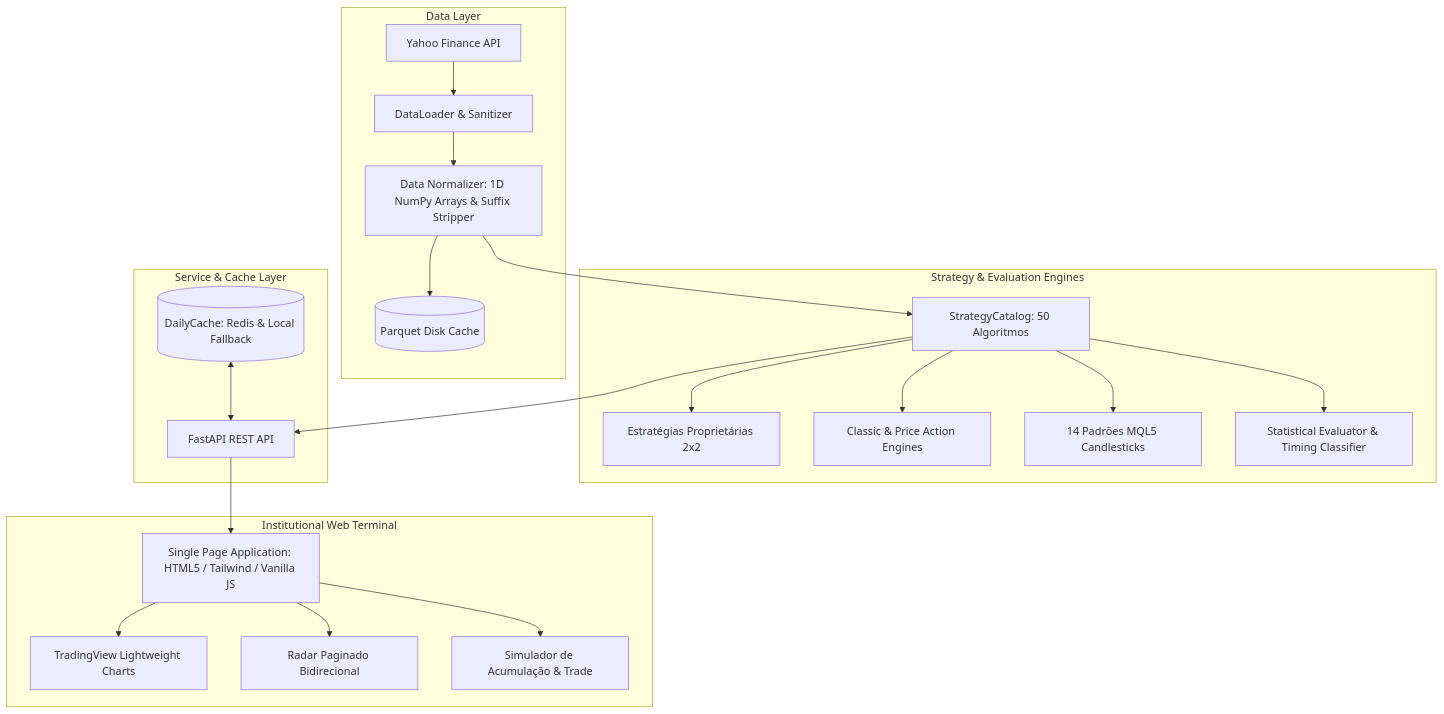
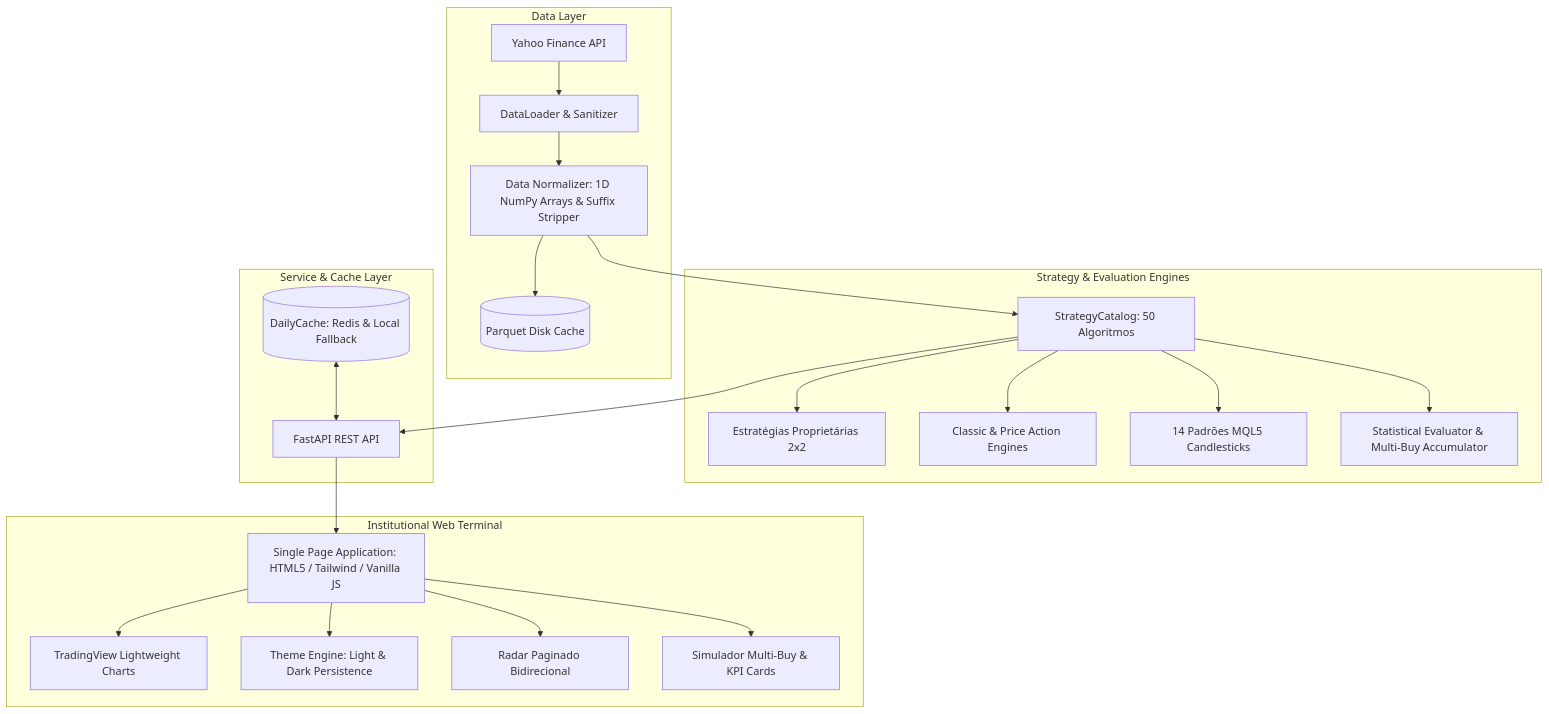
The diagram in README.md (Silasmelo12/market-opportunity-engine), drawn with Mermaid before and after one commit. The commit also changed other lines of this file and 1 other file, not shown here.

Commit message:
docs(007): T016 atualizar README com apresentacao executiva do simulador multi-buy e tema claro

````diff
--- a/README.md
+++ b/README.md
@@ -59,28 +84,29 @@
 ```mermaid
 flowchart TD
     subgraph Data Layer [Data Layer]
         YF[Yahoo Finance API] --> Loader[DataLoader & Sanitizer]
         Loader --> Normalizer[Data Normalizer: 1D NumPy Arrays & Suffix Stripper]
         Normalizer --> ParquetCache[(Parquet Disk Cache)]
     end
 
     subgraph Quantitative Core [Strategy & Evaluation Engines]
         Normalizer --> Catalog[StrategyCatalog: 50 Algoritmos]
         Catalog --> PropEngines[Estratégias Proprietárias 2x2]
         Catalog --> ClassicEngines[Classic & Price Action Engines]
         Catalog --> MQL5Engines[14 Padrões MQL5 Candlesticks]
-        Catalog --> StatEval[Statistical Evaluator & Timing Classifier]
+        Catalog --> StatEval[Statistical Evaluator & Multi-Buy Accumulator]
     end
 
     subgraph Service & Cache Layer [Service & Cache Layer]
         Catalog --> FastAPIServer[FastAPI REST API]
         DailyCache[(DailyCache: Redis & Local Fallback)] <--> FastAPIServer
     end
 
     subgraph Presentation Layer [Institutional Web Terminal]
         FastAPIServer --> WebSPA[Single Page Application: HTML5 / Tailwind / Vanilla JS]
         WebSPA --> TVChart[TradingView Lightweight Charts]
+        WebSPA --> ThemeEngine[Theme Engine: Light & Dark Persistence]
         WebSPA --> RadarUI[Radar Paginado Bidirecional]
-        WebSPA --> SimUI[Simulador de Acumulação & Trade]
+        WebSPA --> SimUI[Simulador Multi-Buy & KPI Cards]
     end
 ```
````
